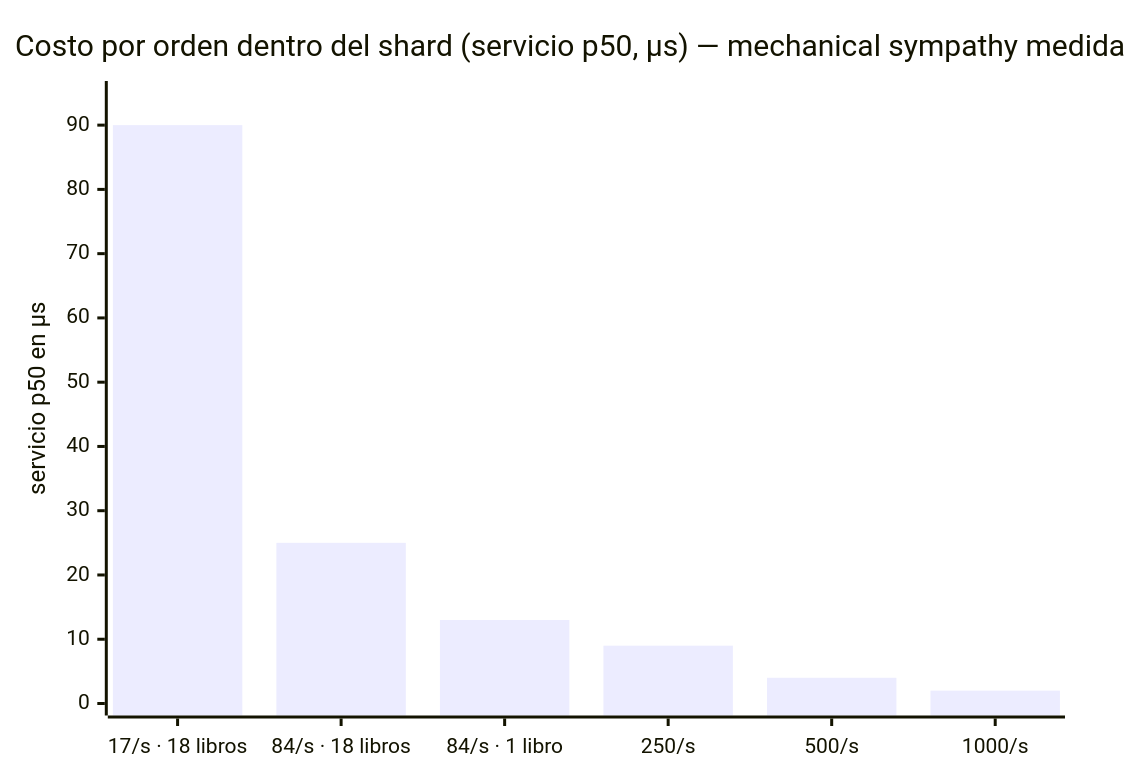
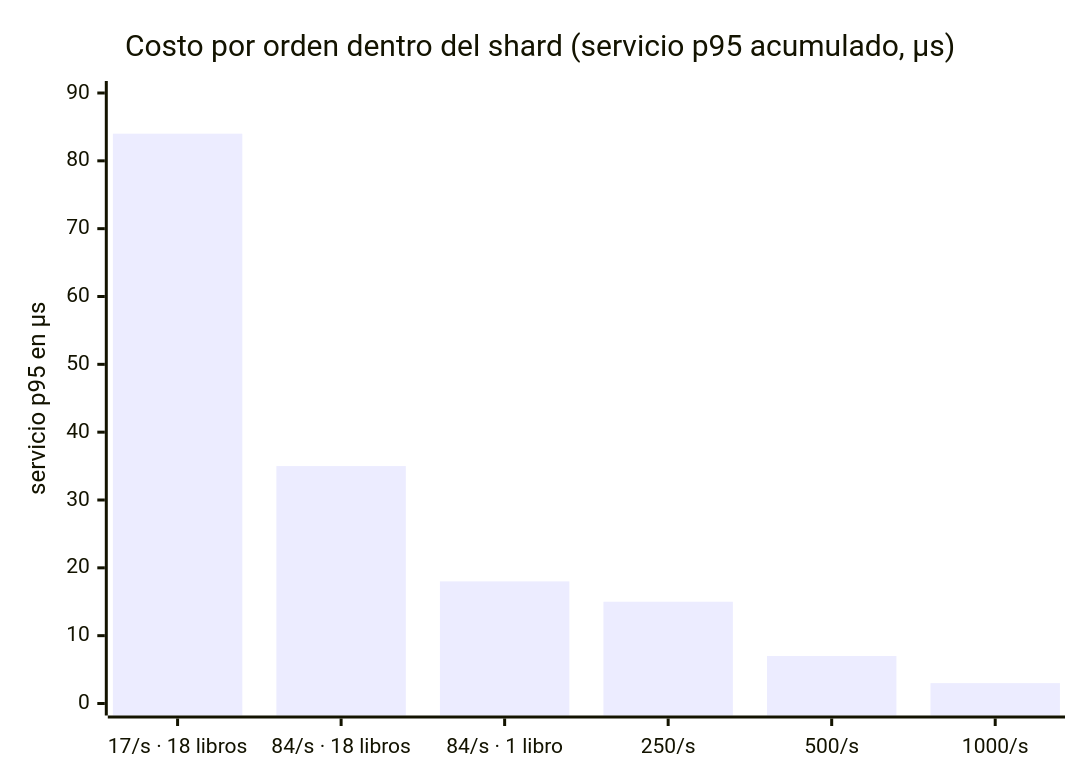
Before and after one commit to MATI-MBIT/arqsoft-reto-1: the ninth of 9 diagrams in docs/experimento-e01.md, drawn with Mermaid. The commit also changed other lines of this file and 3 other files, not shown here.

````diff
--- a/docs/experimento-e01.md
+++ b/docs/experimento-e01.md
@@ -211,7 +211,7 @@
 ```mermaid
 xychart-beta
-    title "Costo por orden dentro del shard (servicio p50, µs) — mechanical sympathy medida"
+    title "Costo por orden dentro del shard (servicio p95 acumulado, µs)"
     x-axis ["17/s · 18 libros", "84/s · 18 libros", "84/s · 1 libro", "250/s", "500/s", "1000/s"]
-    y-axis "servicio p50 en µs" 0 --> 95
-    bar [90, 25, 13, 9, 4, 2]
+    y-axis "servicio p95 en µs" 0 --> 90
+    bar [84, 35, 18, 15, 7, 3]
 ```
````
